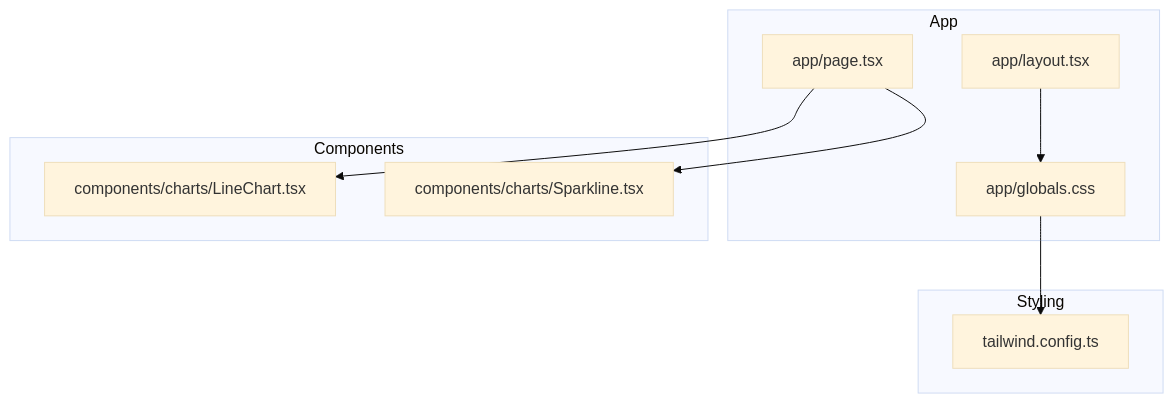
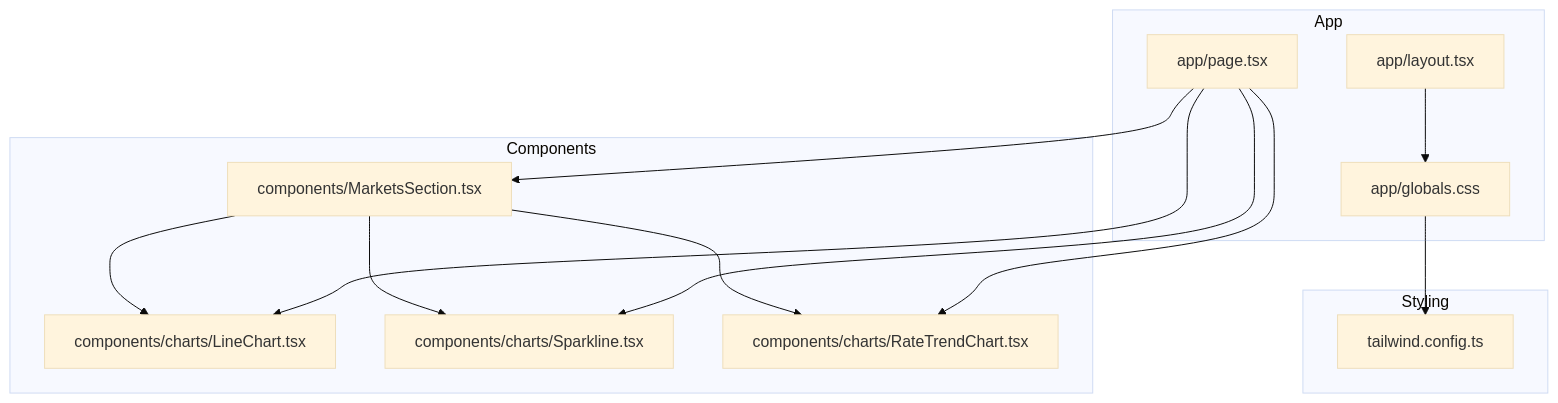
The first of 7 diagrams in .qoder/repowiki/en/content/Data Visualization/Data Visualization.md (alibaba-hackathon-fsi/frontend-vaya), drawn with Mermaid (base theme) before and after one commit. The commit also changed other lines of this file and 36 other files, not shown here.

````diff
--- a/.qoder/repowiki/en/content/Data Visualization/Data Visualization.md
+++ b/.qoder/repowiki/en/content/Data Visualization/Data Visualization.md
@@ -32,19 +44,26 @@
 ```mermaid
 graph TB
 subgraph "App"
 A["app/page.tsx"]
 B["app/layout.tsx"]
 C["app/globals.css"]
 end
 subgraph "Components"
 D["components/charts/LineChart.tsx"]
 E["components/charts/Sparkline.tsx"]
+F["components/charts/RateTrendChart.tsx"]
+G["components/MarketsSection.tsx"]
 end
 subgraph "Styling"
-F["tailwind.config.ts"]
+H["tailwind.config.ts"]
 end
 A --> D
 A --> E
+A --> F
+A --> G
+G --> D
+G --> E
+G --> F
 B --> C
-C --> F
+C --> H
 ```
````
